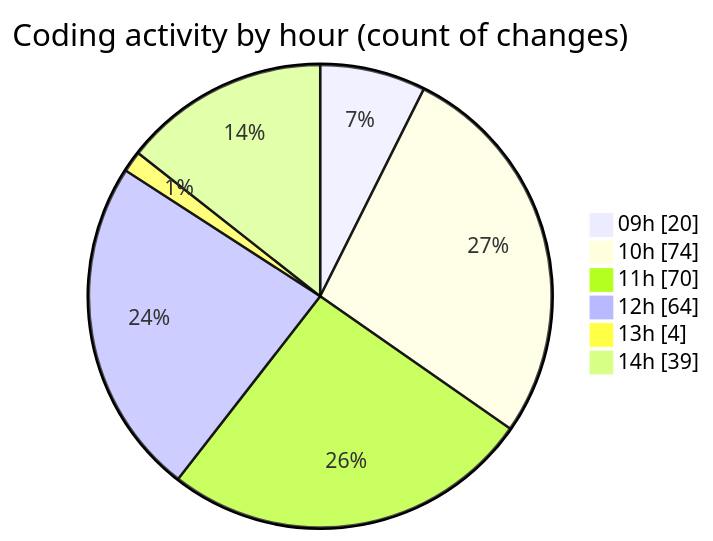
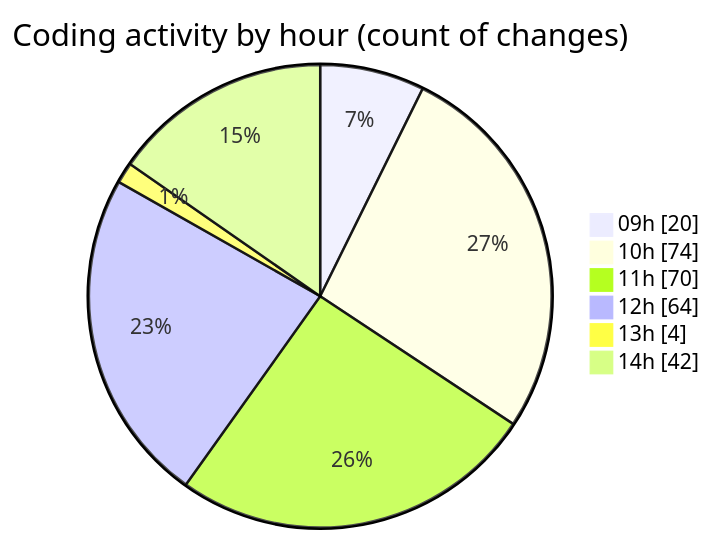
One commit to CELIANVF/code-tracking changed the second of 2 diagrams in 2025-06-06/ecodeli-1/README.md. Above: the diagram before and after it, drawn with Mermaid. The commit also changed other lines of this file and 1 other file, not shown here.

````diff
--- a/2025-06-06/ecodeli-1/README.md
+++ b/2025-06-06/ecodeli-1/README.md
@@ -105,10 +105,10 @@
 ```mermaid
 pie showData
 title Coding activity by hour (count of changes)
 "09h" : 20
 "10h" : 74
 "11h" : 70
 "12h" : 64
 "13h" : 4
-"14h" : 39
+"14h" : 42
 ```
````
